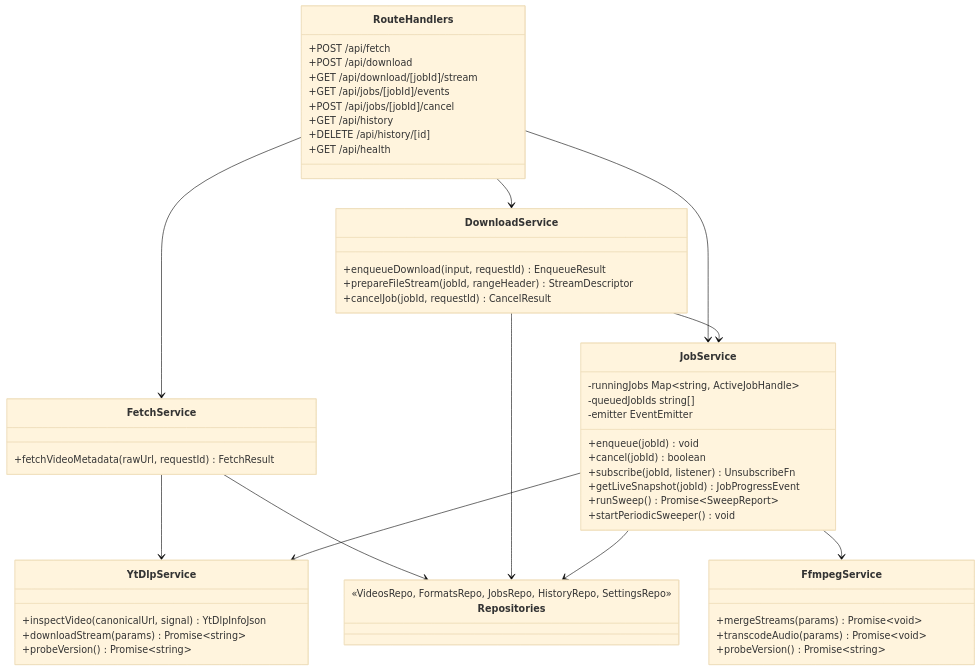
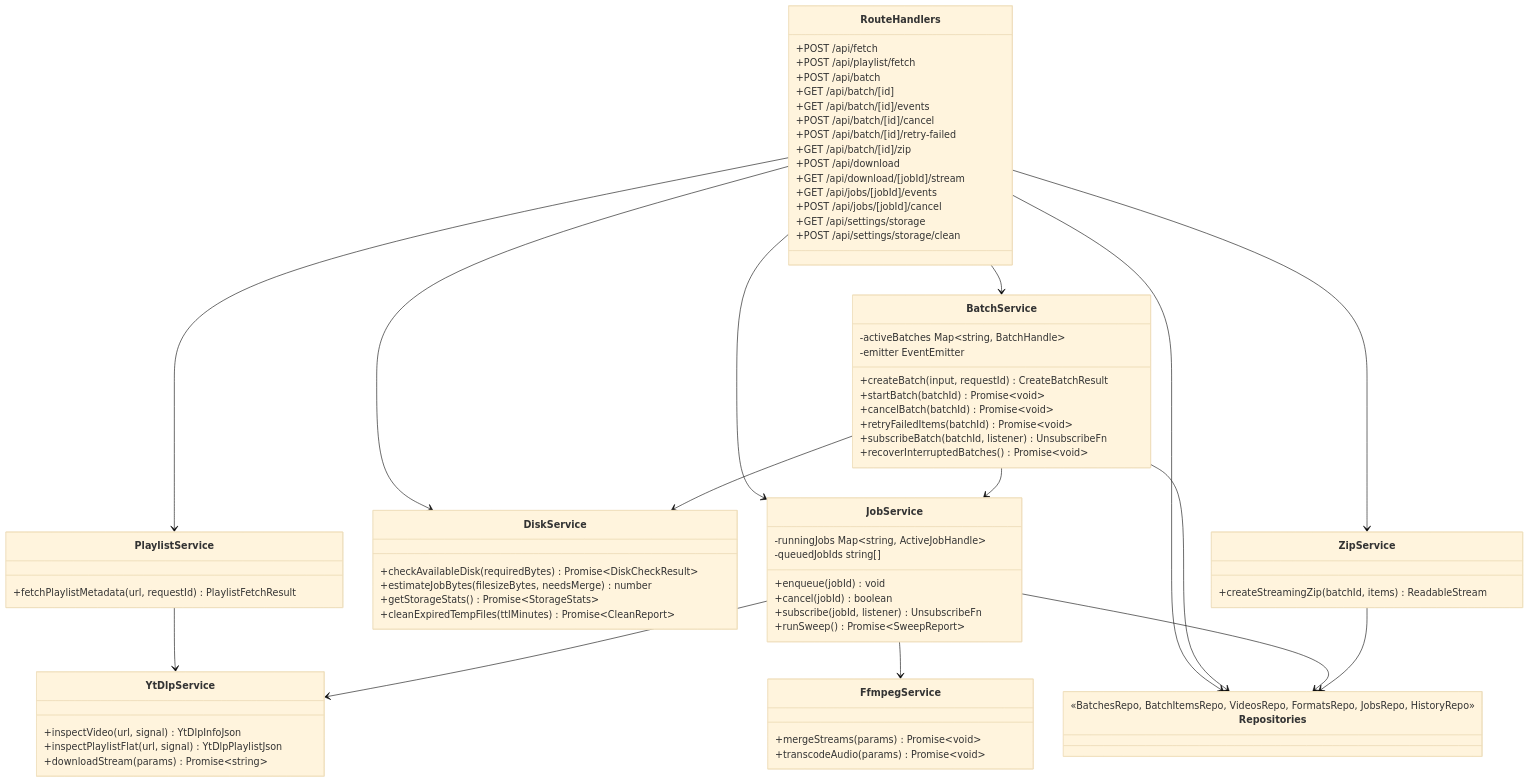
The first of 9 diagrams in docs/LLD.md (ensachin5/RetroTube), drawn with Mermaid (base theme) before and after one commit. The commit also changed other lines of this file and 61 other files, not shown here.

````diff
--- a/docs/LLD.md
+++ b/docs/LLD.md
@@ -99,61 +118,84 @@
 classDiagram
     class RouteHandlers {
         +POST /api/fetch
+        +POST /api/playlist/fetch
+        +POST /api/batch
+        +GET  /api/batch/[id]
+        +GET  /api/batch/[id]/events
+        +POST /api/batch/[id]/cancel
+        +POST /api/batch/[id]/retry-failed
+        +GET  /api/batch/[id]/zip
         +POST /api/download
         +GET  /api/download/[jobId]/stream
         +GET  /api/jobs/[jobId]/events
         +POST /api/jobs/[jobId]/cancel
-        +GET  /api/history
-        +DELETE /api/history/[id]
-        +GET  /api/health
+        +GET  /api/settings/storage
+        +POST /api/settings/storage/clean
     }
 
-    class FetchService {
-        +fetchVideoMetadata(rawUrl, requestId) FetchResult
+    class PlaylistService {
+        +fetchPlaylistMetadata(url, requestId) PlaylistFetchResult
     }
 
-    class DownloadService {
-        +enqueueDownload(input, requestId) EnqueueResult
-        +prepareFileStream(jobId, rangeHeader) StreamDescriptor
-        +cancelJob(jobId, requestId) CancelResult
+    class BatchService {
+        -activeBatches Map~string, BatchHandle~
+        -emitter EventEmitter
+        +createBatch(input, requestId) CreateBatchResult
+        +startBatch(batchId) Promise~void~
+        +cancelBatch(batchId) Promise~void~
+        +retryFailedItems(batchId) Promise~void~
+        +subscribeBatch(batchId, listener) UnsubscribeFn
+        +recoverInterruptedBatches() Promise~void~
+    }
+
+    class DiskService {
+        +checkAvailableDisk(requiredBytes) Promise~DiskCheckResult~
+        +estimateJobBytes(filesizeBytes, needsMerge) number
+        +getStorageStats() Promise~StorageStats~
+        +cleanExpiredTempFiles(ttlMinutes) Promise~CleanReport~
+    }
+
+    class ZipService {
+        +createStreamingZip(batchId, items) ReadableStream
     }
 
     class JobService {
         -runningJobs Map~string, ActiveJobHandle~
         -queuedJobIds string[]
-        -emitter EventEmitter
         +enqueue(jobId) void
         +cancel(jobId) boolean
         +subscribe(jobId, listener) UnsubscribeFn
-        +getLiveSnapshot(jobId) JobProgressEvent
         +runSweep() Promise~SweepReport~
-        +startPeriodicSweeper() void
     }
 
     class YtDlpService {
-        +inspectVideo(canonicalUrl, signal) YtDlpInfoJson
+        +inspectVideo(url, signal) YtDlpInfoJson
+        +inspectPlaylistFlat(url, signal) YtDlpPlaylistJson
         +downloadStream(params) Promise~string~
-        +probeVersion() Promise~string~
     }
 
     class FfmpegService {
         +mergeStreams(params) Promise~void~
         +transcodeAudio(params) Promise~void~
-        +probeVersion() Promise~string~
     }
 
     class Repositories {
-        <<VideosRepo, FormatsRepo, JobsRepo, HistoryRepo, SettingsRepo>>
+        <<BatchesRepo, BatchItemsRepo, VideosRepo, FormatsRepo, JobsRepo, HistoryRepo>>
     }
 
-    RouteHandlers --> FetchService
-    RouteHandlers --> DownloadService
+    RouteHandlers --> PlaylistService
+    RouteHandlers --> BatchService
     RouteHandlers --> JobService
-    FetchService --> YtDlpService
-    FetchService --> Repositories
-    DownloadService --> JobService
-    DownloadService --> Repositories
+    RouteHandlers --> ZipService
+    RouteHandlers --> DiskService
+    RouteHandlers --> Repositories
+
+    PlaylistService --> YtDlpService
+    BatchService --> DiskService
+    BatchService --> JobService
+    BatchService --> Repositories
     JobService --> YtDlpService
     JobService --> FfmpegService
     JobService --> Repositories
+    ZipService --> Repositories
 ```
````
